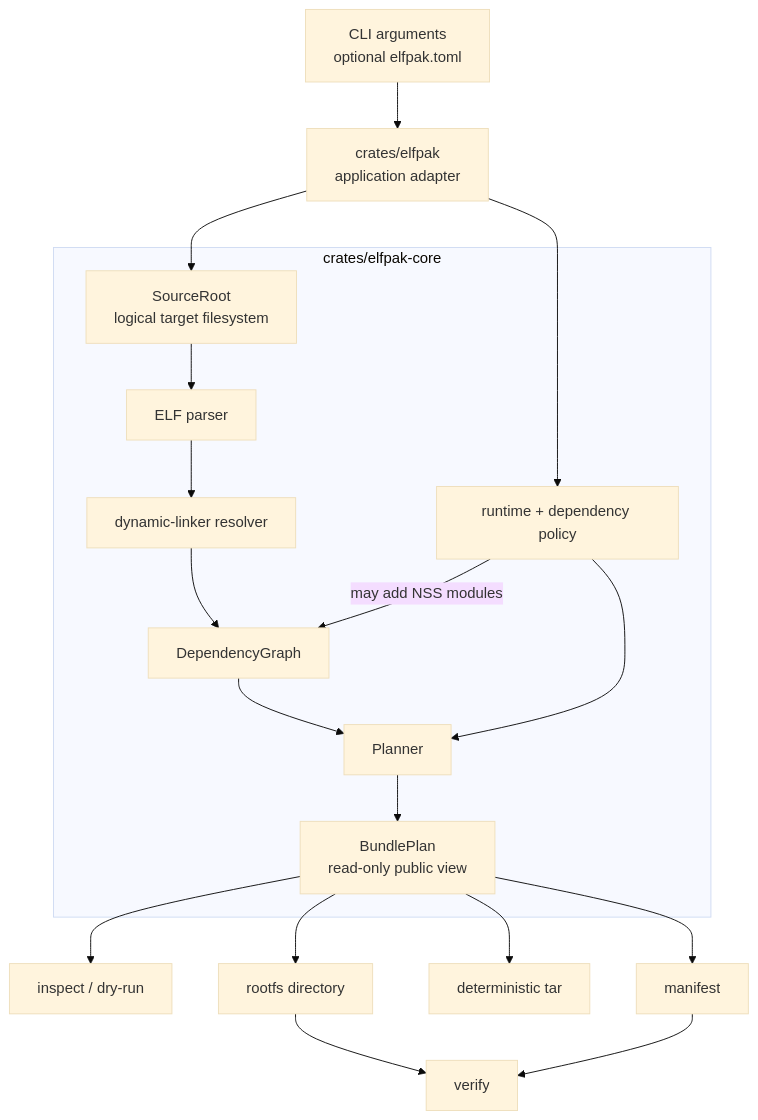
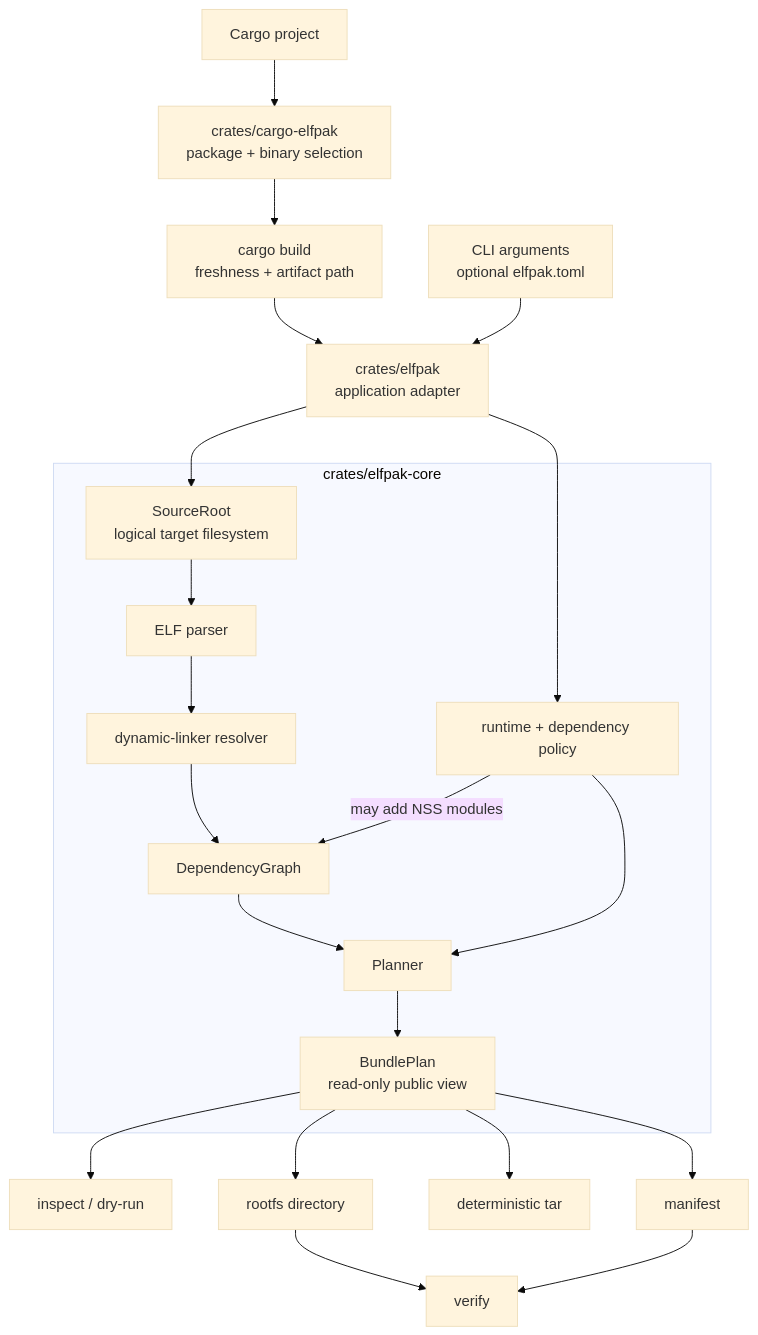
One commit to asaaki/elfpak changed the diagram in ARCHITECTURE.md. Above: the diagram before and after it, drawn with Mermaid (base theme). The commit also changed other lines of this file and 17 other files, not shown here.

First line of the commit message:
feat: add cargo-elfpak adapter

````diff
--- a/ARCHITECTURE.md
+++ b/ARCHITECTURE.md
@@ -10,23 +10,26 @@
 ```mermaid
 flowchart TB
+    CargoProject["Cargo project"] --> CargoAdapter["crates/cargo-elfpak<br/>package + binary selection"]
+    CargoAdapter --> CargoBuild["cargo build<br/>freshness + artifact path"]
+    CargoBuild --> Adapter
     Inputs["CLI arguments<br/>optional elfpak.toml"] --> Adapter["crates/elfpak<br/>application adapter"]
 
     subgraph Core["crates/elfpak-core"]
         Source["SourceRoot<br/>logical target filesystem"] --> Elf["ELF parser"]
         Elf --> Resolver["dynamic-linker resolver"]
         Resolver --> Graph["DependencyGraph"]
         Policy["runtime + dependency policy"] -->|"may add NSS modules"| Graph
         Graph --> Planner["Planner"]
         Policy --> Planner
         Planner --> Plan["BundlePlan<br/>read-only public view"]
     end
 
     Adapter --> Source
     Adapter --> Policy
     Plan --> Inspect["inspect / dry-run"]
     Plan --> Rootfs["rootfs directory"]
     Plan --> Tar["deterministic tar"]
     Plan --> Manifest["manifest"]
     Rootfs --> Verify["verify"]
     Manifest --> Verify
 ```
````
